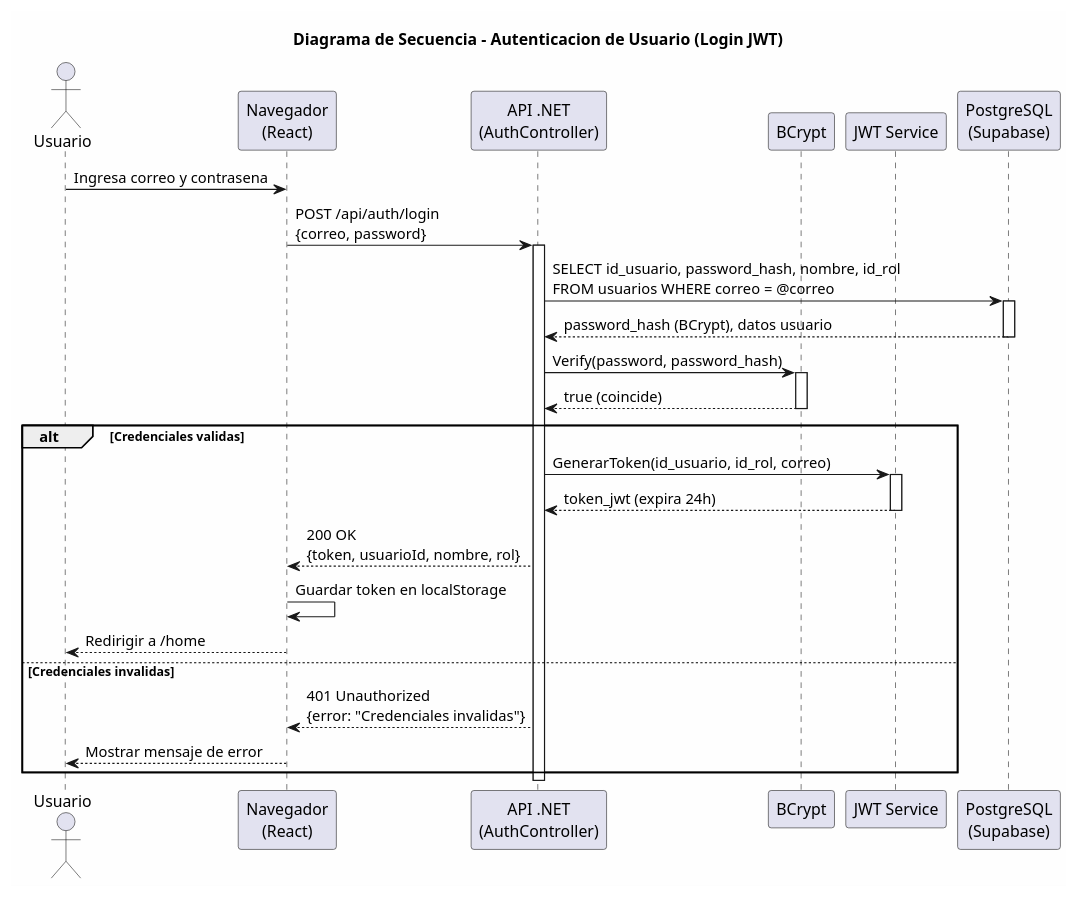
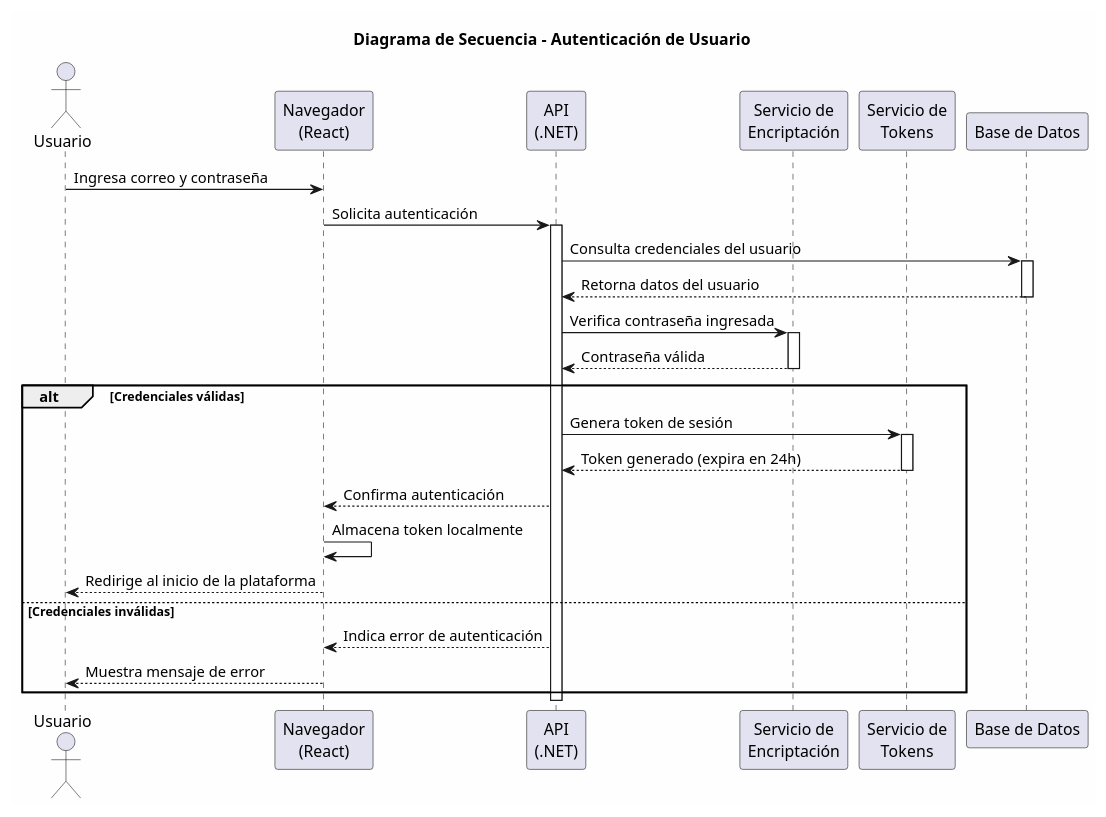
The diagram in pdf-Documentacion/documentacion_generada/diagramas/secuencia_login.puml (andres-alfons/UniService), drawn with PlantUML before and after one commit. The commit also changed 11 other files, not shown here.

```diff
--- a/pdf-Documentacion/documentacion_generada/diagramas/secuencia_login.puml
+++ b/pdf-Documentacion/documentacion_generada/diagramas/secuencia_login.puml
@@ -1,43 +1,43 @@
 @startuml
 skinparam backgroundColor #FEFEFE
 
-title Diagrama de Secuencia - Autenticacion de Usuario (Login JWT)
+title Diagrama de Secuencia - Autenticación de Usuario
 
 actor "Usuario" as User
 participant "Navegador\n(React)" as Browser
-participant "API .NET\n(AuthController)" as API
-participant "BCrypt" as BCrypt
-participant "JWT Service" as JWT
-participant "PostgreSQL\n(Supabase)" as DB
+participant "API\n(.NET)" as API
+participant "Servicio de\nEncriptación" as BCrypt
+participant "Servicio de\nTokens" as JWT
+participant "Base de Datos" as DB
 
-User -> Browser : Ingresa correo y contrasena
-Browser -> API : POST /api/auth/login\n{correo, password}
+User -> Browser : Ingresa correo y contraseña
+Browser -> API : Solicita autenticación
 
 activate API
-API -> DB : SELECT id_usuario, password_hash, nombre, id_rol\nFROM usuarios WHERE correo = @correo
+API -> DB : Consulta credenciales del usuario
 activate DB
-DB --> API : password_hash (BCrypt), datos usuario
+DB --> API : Retorna datos del usuario
  deactivate DB
 
-API -> BCrypt : Verify(password, password_hash)
+API -> BCrypt : Verifica contraseña ingresada
 activate BCrypt
-BCrypt --> API : true (coincide)
-deactivate BCrypt
+BCrypt --> API : Contraseña válida
+ deactivate BCrypt
 
-alt Credenciales validas
-    API -> JWT : GenerarToken(id_usuario, id_rol, correo)
+alt Credenciales válidas
+    API -> JWT : Genera token de sesión
     activate JWT
-    JWT --> API : token_jwt (expira 24h)
+    JWT --> API : Token generado (expira en 24h)
     deactivate JWT
 
-    API --> Browser : 200 OK\n{token, usuarioId, nombre, rol}
-    Browser -> Browser : Guardar token en localStorage
-    Browser --> User : Redirigir a /home
-else Credenciales invalidas
-    API --> Browser : 401 Unauthorized\n{error: "Credenciales invalidas"}
-    Browser --> User : Mostrar mensaje de error
+    API --> Browser : Confirma autenticación
+    Browser -> Browser : Almacena token localmente
+    Browser --> User : Redirige al inicio de la plataforma
+else Credenciales inválidas
+    API --> Browser : Indica error de autenticación
+    Browser --> User : Muestra mensaje de error
 end
 
 deactivate API
 
 @enduml
```
